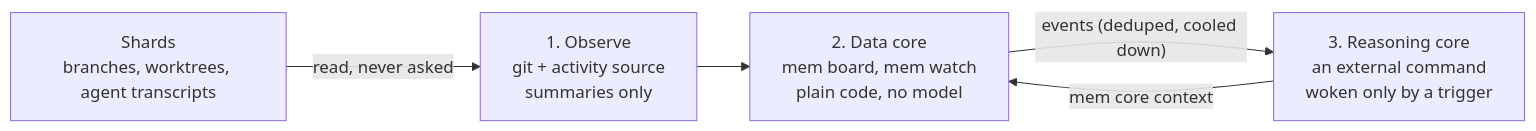
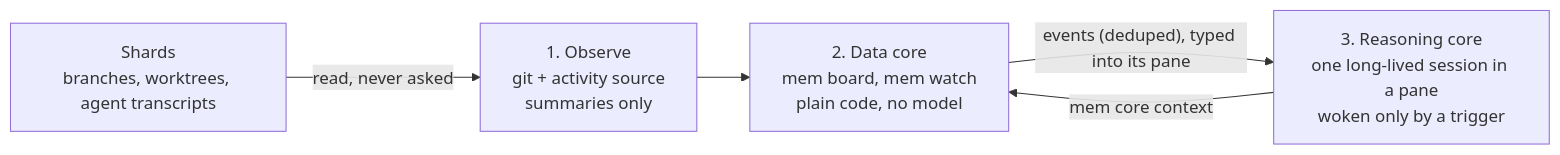
The second of 2 diagrams in docs/design.md (Raelyn-Riley/shards-memory), drawn with Mermaid before and after one commit. The commit also changed other lines of this file and 1 other file, not shown here.

First line of the commit message:
README and design: the core as a living chat session

````diff
--- a/docs/design.md
+++ b/docs/design.md
@@ -70,10 +70,10 @@
 ```mermaid
 flowchart LR
     shards["Shards<br/>branches, worktrees, agent transcripts"]
     observe["1. Observe<br/>git + activity source<br/>summaries only"]
     data["2. Data core<br/>mem board, mem watch<br/>plain code, no model"]
-    reason["3. Reasoning core<br/>an external command<br/>woken only by a trigger"]
+    reason["3. Reasoning core<br/>one long-lived session in a pane<br/>woken only by a trigger"]
     shards -- "read, never asked" --> observe --> data
-    data -- "events (deduped, cooled down)" --> reason
+    data -- "events (deduped), typed into its pane" --> reason
     reason -- "mem core context" --> data
 ```
````
